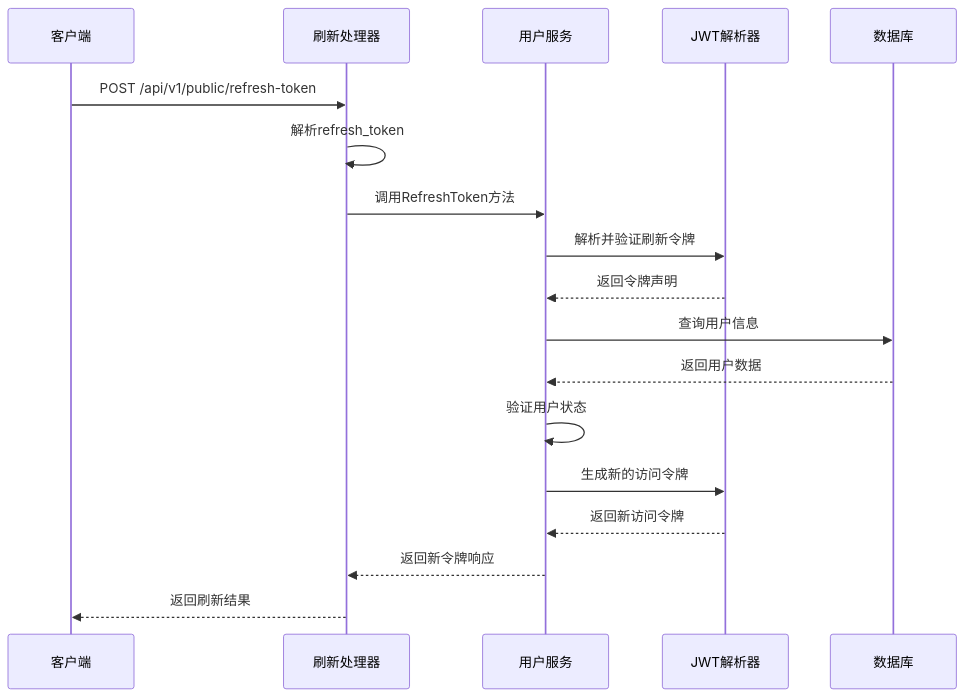
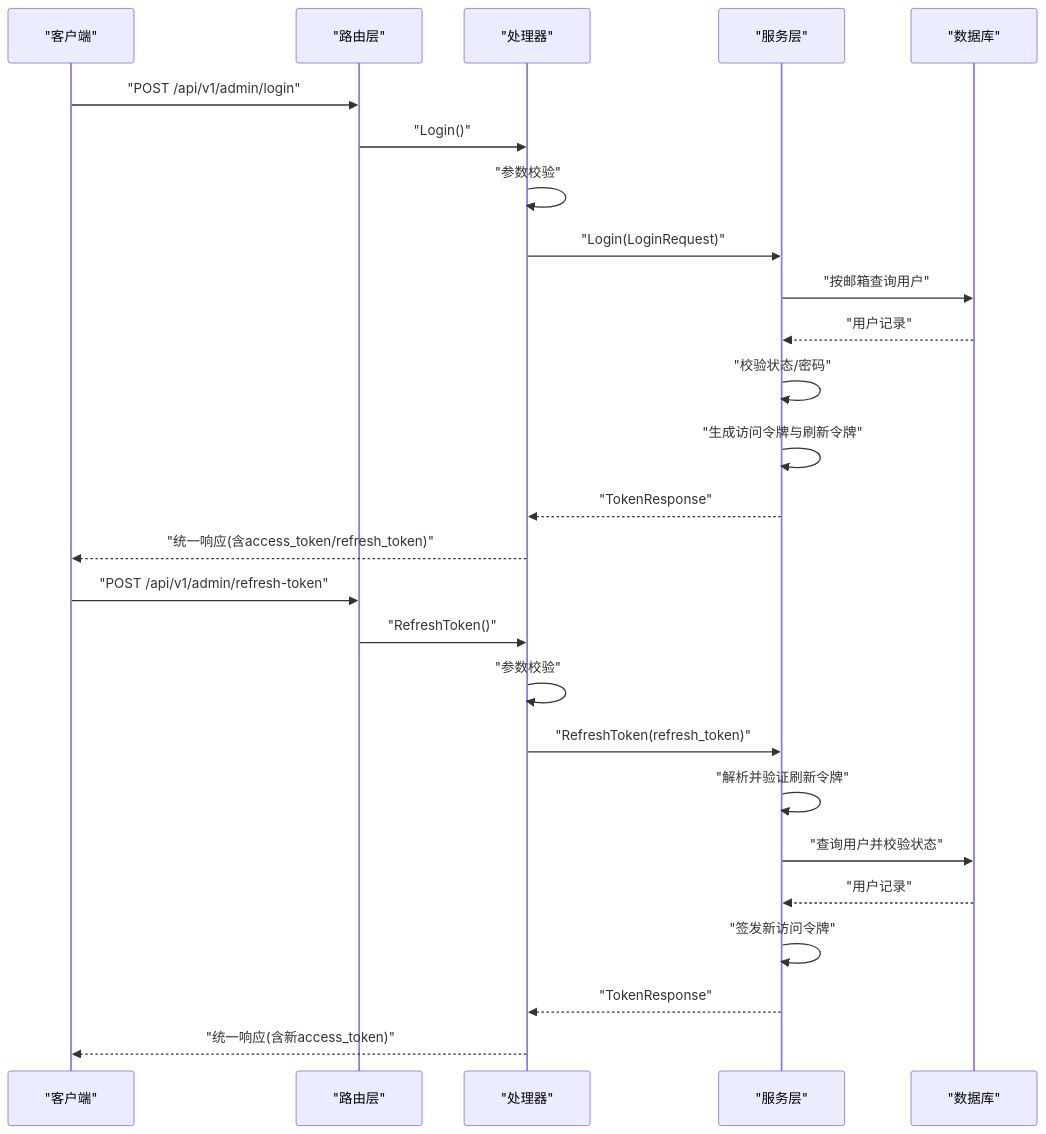
Before and after one commit to wuwuseo/e-sports-go-admin: the second of 3 diagrams in .qoder/repowiki/zh/content/API接口文档/认证接口.md, drawn with Mermaid. The commit also changed other lines of this file and 141 other files, not shown here.

````diff
--- a/.qoder/repowiki/zh/content/API接口文档/认证接口.md
+++ b/.qoder/repowiki/zh/content/API接口文档/认证接口.md
@@ -287,20 +91,28 @@
 ```mermaid
 sequenceDiagram
-participant Client as 客户端
-participant Handler as 刷新处理器
-participant Service as 用户服务
-participant JWT as JWT解析器
-participant DB as 数据库
-Client->>Handler : POST /api/v1/public/refresh-token
-Handler->>Handler : 解析refresh_token
-Handler->>Service : 调用RefreshToken方法
-Service->>JWT : 解析并验证刷新令牌
-JWT-->>Service : 返回令牌声明
-Service->>DB : 查询用户信息
-DB-->>Service : 返回用户数据
-Service->>Service : 验证用户状态
-Service->>JWT : 生成新的访问令牌
-JWT-->>Service : 返回新访问令牌
-Service-->>Handler : 返回新令牌响应
-Handler-->>Client : 返回刷新结果
+participant C as "客户端"
+participant R as "路由层"
+participant H as "处理器"
+participant S as "服务层"
+participant DB as "数据库"
+C->>R : "POST /api/v1/admin/login"
+R->>H : "Login()"
+H->>H : "参数校验"
+H->>S : "Login(LoginRequest)"
+S->>DB : "按邮箱查询用户"
+DB-->>S : "用户记录"
+S->>S : "校验状态/密码"
+S->>S : "生成访问令牌与刷新令牌"
+S-->>H : "TokenResponse"
+H-->>C : "统一响应(含access_token/refresh_token)"
+C->>R : "POST /api/v1/admin/refresh-token"
+R->>H : "RefreshToken()"
+H->>H : "参数校验"
+H->>S : "RefreshToken(refresh_token)"
+S->>S : "解析并验证刷新令牌"
+S->>DB : "查询用户并校验状态"
+DB-->>S : "用户记录"
+S->>S : "签发新访问令牌"
+S-->>H : "TokenResponse"
+H-->>C : "统一响应(含新access_token)"
 ```
````
